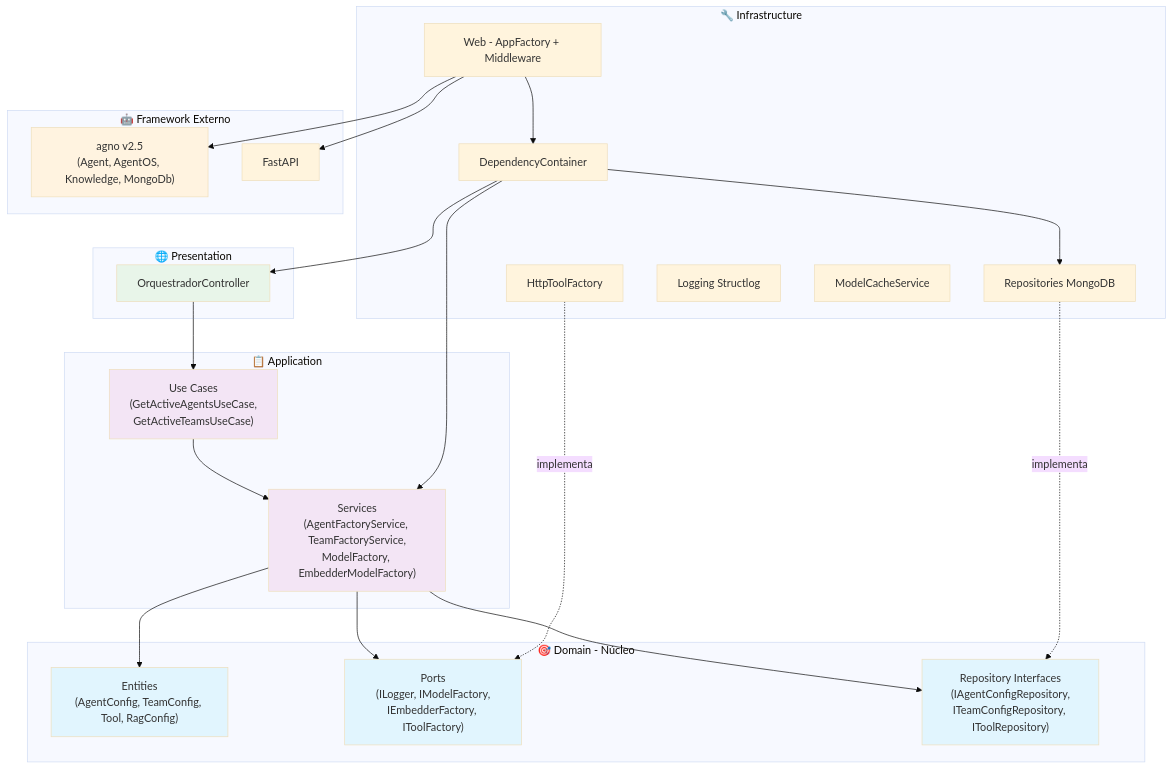
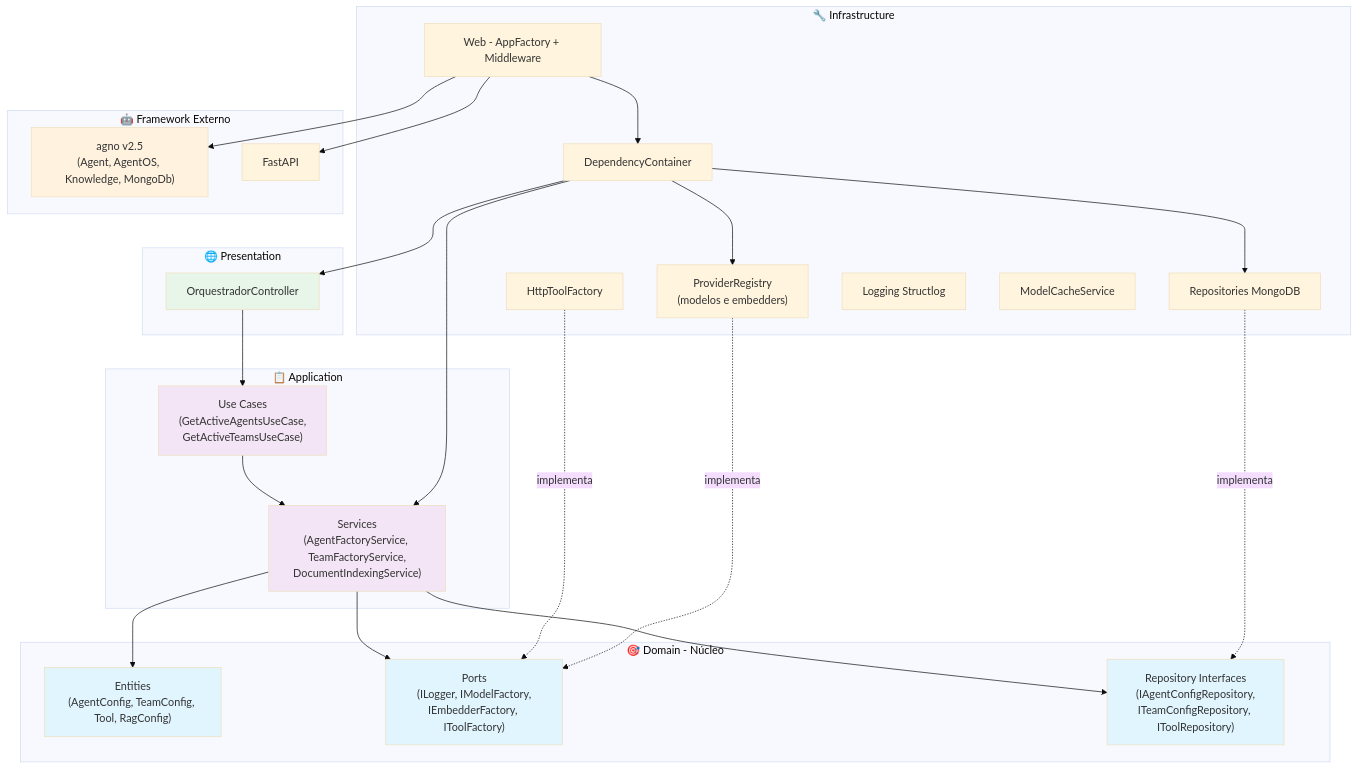
The first of 5 diagrams in README.pt-br.md (Mosfet04/orquestradorIAPythonArgo), drawn with Mermaid (base theme) before and after one commit. The commit also changed other lines of this file and 65 other files, not shown here.

````diff
--- a/README.pt-br.md
+++ b/README.pt-br.md
@@ -177,53 +177,56 @@
 ```mermaid
 graph TB
     subgraph "🎯 Domain - Núcleo"
         E["Entities<br/>(AgentConfig, TeamConfig, Tool, RagConfig)"]
         RP["Ports<br/>(ILogger, IModelFactory,<br/>IEmbedderFactory, IToolFactory)"]
         RI["Repository Interfaces<br/>(IAgentConfigRepository,<br/>ITeamConfigRepository, IToolRepository)"]
     end
 
     subgraph "📋 Application"
         UC["Use Cases<br/>(GetActiveAgentsUseCase,<br/>GetActiveTeamsUseCase)"]
-        AS["Services<br/>(AgentFactoryService, TeamFactoryService,<br/>ModelFactory, EmbedderModelFactory)"]
+        AS["Services<br/>(AgentFactoryService, TeamFactoryService,<br/>DocumentIndexingService)"]
     end
 
     subgraph "🔧 Infrastructure"
         DB["Repositories MongoDB"]
         WEB["Web - AppFactory + Middleware"]
         HTTP["HttpToolFactory"]
+        PROV["ProviderRegistry<br/>(modelos e embedders)"]
         LOG["Logging Structlog"]
         CACHE["ModelCacheService"]
         DI["DependencyContainer"]
     end
 
     subgraph "🌐 Presentation"
         CTRL["OrquestradorController"]
     end
 
     subgraph "🤖 Framework Externo"
         AGNO["agno v2.5<br/>(Agent, AgentOS, Knowledge, MongoDb)"]
         FAST["FastAPI"]
     end
 
     CTRL --> UC
     UC --> AS
     AS --> E
     AS --> RI
     AS --> RP
     DB -.->|implementa| RI
     HTTP -.->|implementa| RP
+    PROV -.->|implementa| RP
+    DI --> PROV
     DI --> CTRL
     DI --> AS
     DI --> DB
     WEB --> DI
     WEB --> FAST
     WEB --> AGNO
 
     style E fill:#e1f5fe
     style RP fill:#e1f5fe
     style RI fill:#e1f5fe
     style UC fill:#f3e5f5
     style AS fill:#f3e5f5
     style CTRL fill:#e8f5e9
     style AGNO fill:#fff3e0
 ```
````
